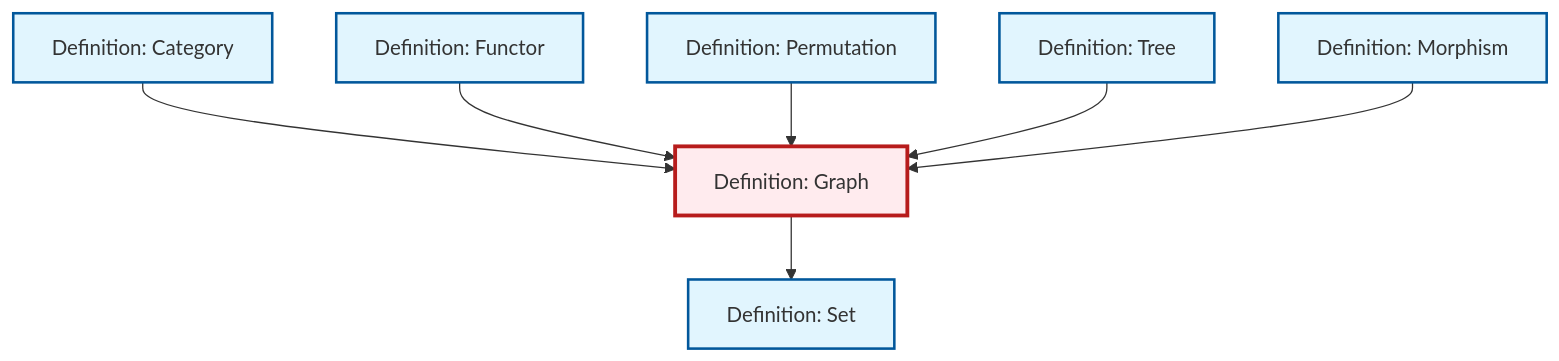
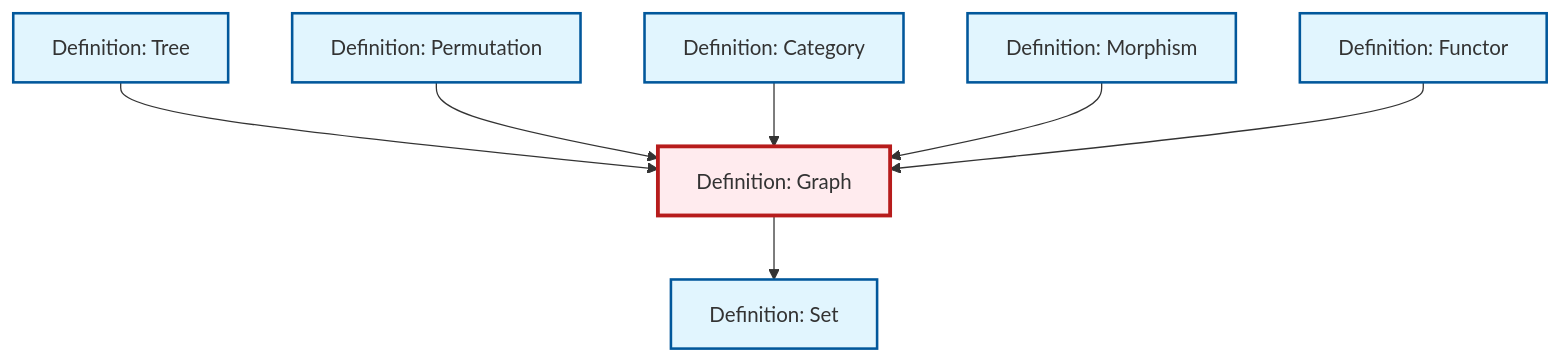
Before and after one commit to RK0429/ModernMath: the diagram in content/en/combinatorics/def-graph.qmd, drawn with Mermaid. The commit also changed other lines of this file and 531 other files, not shown here.

````diff
--- a/content/en/combinatorics/def-graph.qmd
+++ b/content/en/combinatorics/def-graph.qmd
@@ -90,29 +90,29 @@
 ```{mermaid}
 %%| fig-cap: "Local dependency graph"
 graph TD
     classDef definition fill:#e1f5fe,stroke:#01579b,stroke-width:2px
     classDef theorem fill:#f3e5f5,stroke:#4a148c,stroke-width:2px
     classDef axiom fill:#fff3e0,stroke:#e65100,stroke-width:2px
     classDef example fill:#e8f5e9,stroke:#1b5e20,stroke-width:2px
     classDef current fill:#ffebee,stroke:#b71c1c,stroke-width:3px
-    def-tree["Definition: Tree"]:::definition
     def-set["Definition: Set"]:::definition
     def-morphism["Definition: Morphism"]:::definition
+    def-permutation["Definition: Permutation"]:::definition
+    def-functor["Definition: Functor"]:::definition
+    def-tree["Definition: Tree"]:::definition
     def-category["Definition: Category"]:::definition
     def-graph["Definition: Graph"]:::definition
-    def-functor["Definition: Functor"]:::definition
-    def-permutation["Definition: Permutation"]:::definition
     def-graph --> def-set
+    def-tree --> def-graph
+    def-permutation --> def-graph
     def-category --> def-graph
+    def-morphism --> def-graph
     def-functor --> def-graph
-    def-permutation --> def-graph
-    def-tree --> def-graph
-    def-morphism --> def-graph
     class def-graph current
-    click def-tree "def-tree.html" "Go to Tree definition"
     click def-set "def-set.html" "Go to Set definition"
     click def-morphism "def-morphism.html" "Go to Morphism definition"
+    click def-permutation "def-permutation.html" "Go to Permutation definition"
+    click def-functor "def-functor.html" "Go to Functor definition"
+    click def-tree "def-tree.html" "Go to Tree definition"
     click def-category "def-category.html" "Go to Category definition"
-    click def-functor "def-functor.html" "Go to Functor definition"
-    click def-permutation "def-permutation.html" "Go to Permutation definition"
 ```
````
